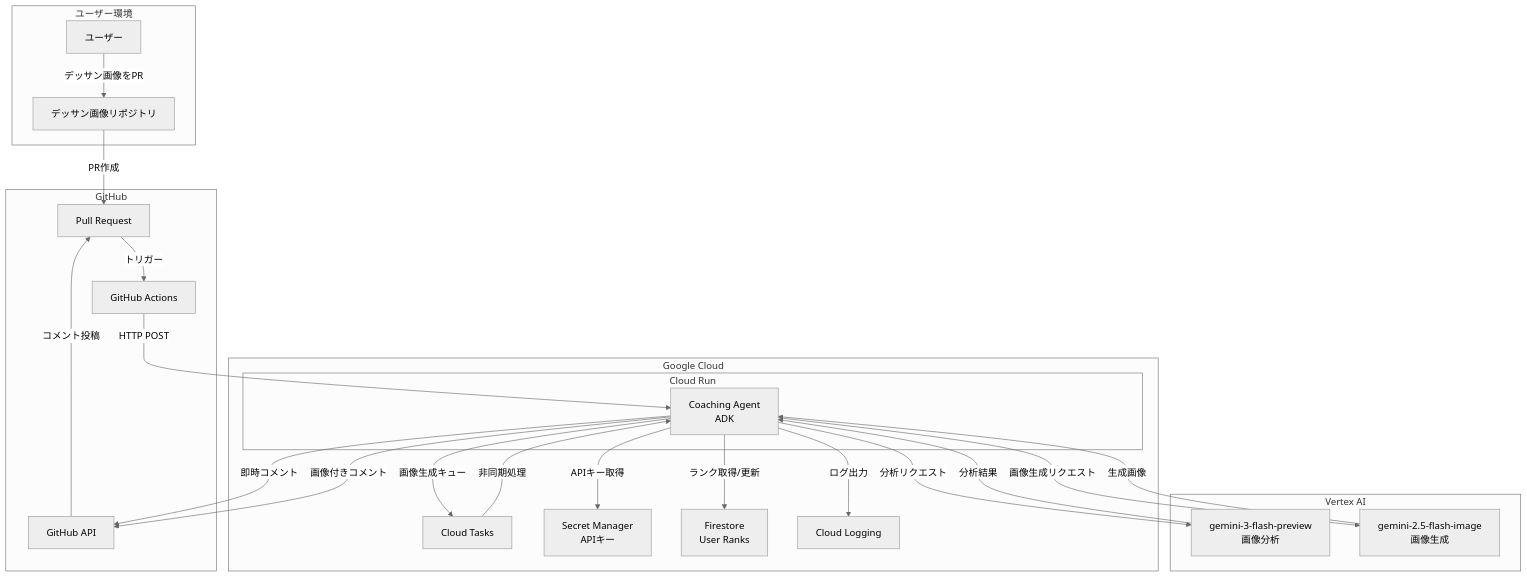
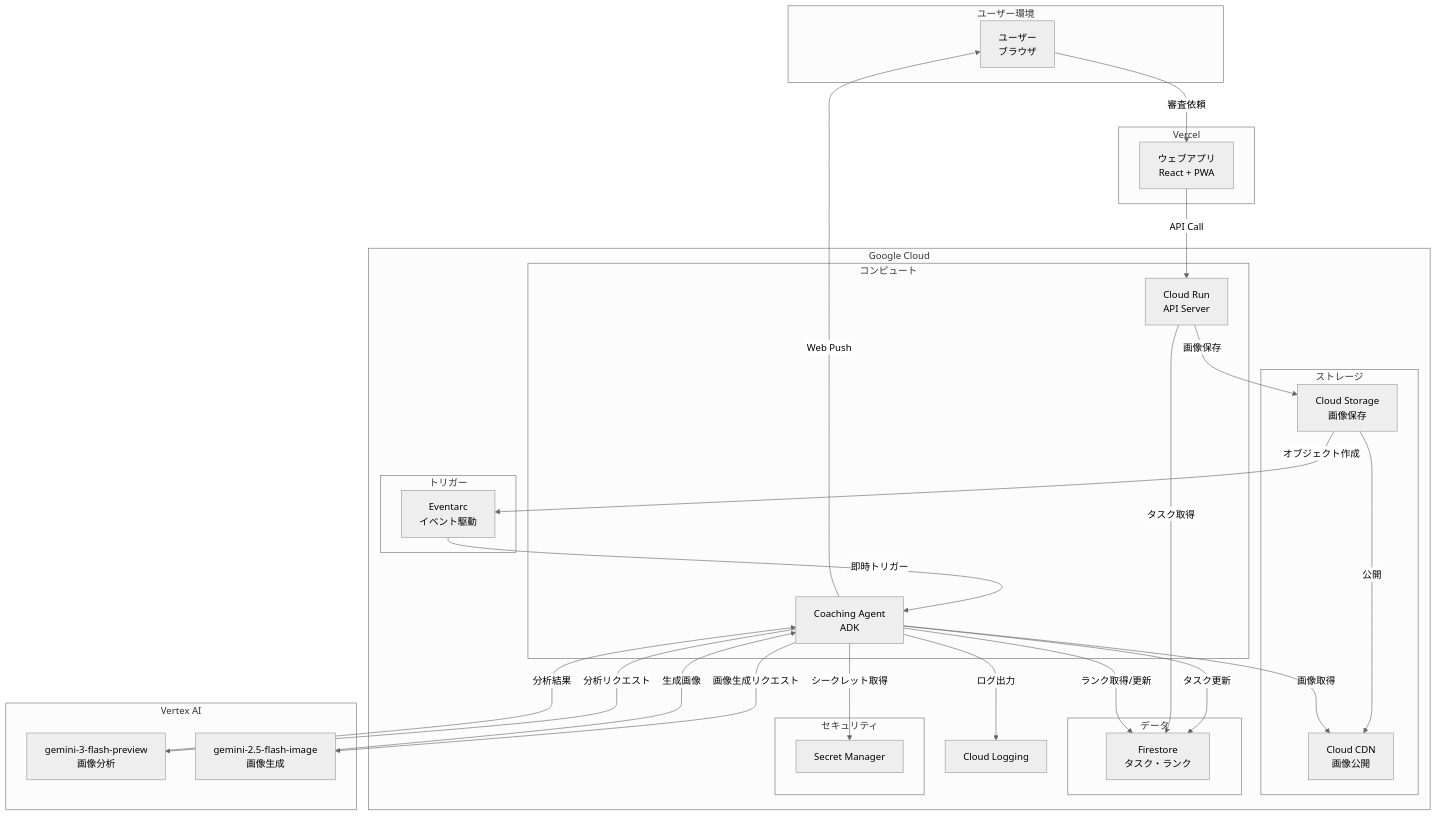
Before and after one commit to nuance-sudo/drawing-practice-agent-gch4: the first of 6 diagrams in docs/functional-design.md, drawn with Mermaid (neutral theme). The commit also changed other lines of this file and 13 other files, not shown here.

````diff
--- a/docs/functional-design.md
+++ b/docs/functional-design.md
@@ -13,45 +13,59 @@
 ```mermaid
 flowchart TB
     subgraph User["ユーザー環境"]
-        A[ユーザー]
-        B[デッサン画像リポジトリ]
+        A[ユーザー<br/>ブラウザ]
     end
 
-    subgraph GitHub["GitHub"]
-        C[Pull Request]
-        D[GitHub Actions]
-        E[GitHub API]
+    subgraph Vercel["Vercel"]
+        B[ウェブアプリ<br/>React + PWA]
     end
 
     subgraph GCP["Google Cloud"]
-        subgraph CloudRun["Cloud Run"]
-            F[Coaching Agent<br/>ADK]
+        subgraph Storage["ストレージ"]
+            C[Cloud Storage<br/>画像保存]
+            D[Cloud CDN<br/>画像公開]
         end
-        G[Cloud Tasks]
-        J[Secret Manager<br/>APIキー]
-        K[Firestore<br/>User Ranks]
-        L[Cloud Logging]
+        
+        subgraph Trigger["トリガー"]
+            E[Eventarc<br/>イベント駆動]
+        end
+        
+        subgraph Compute["コンピュート"]
+            F[Cloud Run<br/>API Server]
+            G[Coaching Agent<br/>ADK]
+        end
+        
+        subgraph Data["データ"]
+            H[Firestore<br/>タスク・ランク]
+        end
+        
+        subgraph Security["セキュリティ"]
+            I[Secret Manager]
+        end
+        
+        J[Cloud Logging]
     end
 
     subgraph AI["Vertex AI"]
-        M[gemini-3-flash-preview<br/>画像分析]
-        N[gemini-2.5-flash-image<br/>画像生成]
+        K[gemini-3-flash-preview<br/>画像分析]
+        L[gemini-2.5-flash-image<br/>画像生成]
     end
 
-    A -->|デッサン画像をPR| B
-    B -->|PR作成| C
-    C -->|トリガー| D
-    D -->|HTTP POST| F
-    F -->|APIキー取得| J
-    F -->|分析リクエスト| M
-    M -->|分析結果| F
-    F -->|即時コメント| E
-    F -->|画像生成キュー| G
-    G -->|非同期処理| F
-    F -->|画像生成リクエスト| N
-    N -->|生成画像| F
-    F -->|ランク取得/更新| K
-    F -->|ログ出力| L
-    F -->|画像付きコメント| E
-    E -->|コメント投稿| C
+    A -->|審査依頼| B
+    B -->|API Call| F
+    F -->|画像保存| C
+    C -->|公開| D
+    C -->|オブジェクト作成| E
+    E -->|即時トリガー| G
+    G -->|画像取得| D
+    G -->|分析リクエスト| K
+    K -->|分析結果| G
+    G -->|画像生成リクエスト| L
+    L -->|生成画像| G
+    G -->|タスク更新| H
+    F -->|タスク取得| H
+    G -->|ランク取得/更新| H
+    G -->|シークレット取得| I
+    G -->|ログ出力| J
+    G -->|Web Push| A
 ```
````
